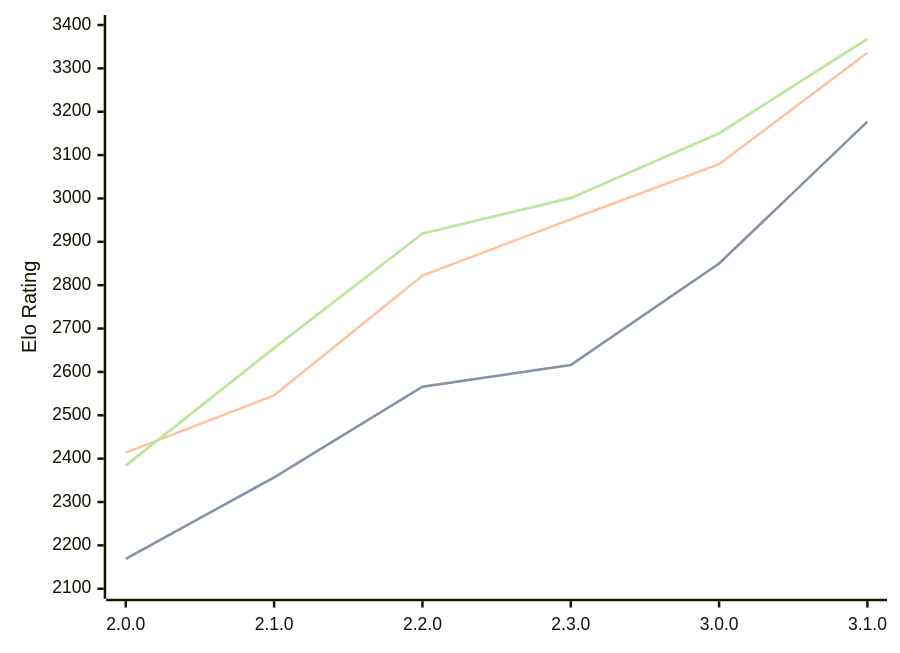
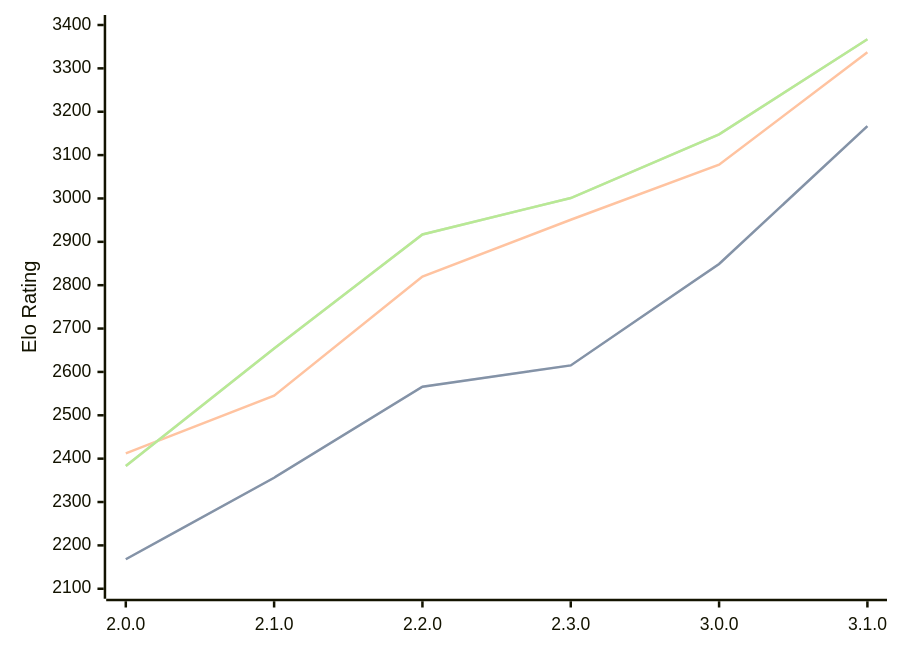
The diagram in engines/Raphael.md (computer-chess-index/cci), drawn with Mermaid before and after one commit. The commit also changed other lines of this file, not shown here.

Commit message:
Update CCI Ratings (ELO VLTC) - 2026-03-07

````diff
--- a/engines/Raphael.md
+++ b/engines/Raphael.md
@@ -46,11 +46,11 @@
 ```mermaid
 %%{init: {"theme":"base","themeVariables":{"seriesColors:['#a3a3a3','#222221','#faa371']}}}%%
 xychart-beta
   x-axis ["2.0.0", "2.1.0", "2.2.0", "2.3.0", "3.0.0", "3.1.0"]
   y-axis "Elo Rating" 2100 --> 3400
-  line "STC (8.0+0.08s)" [2169, 2357, 2566, 2616, 2850, 3177]
-  line "STC (8.0+0.08s)" [2169, 2357, 2566, 2616, 2850, 3177]
-  line "LTC (60.0+0.60s)" [2414, 2546, 2822, 2952, 3079, 3336]
-  line "VLTC (2m24s+1.12s)" [2384, 2655, 2919, 3001, 3150, 3368]
-  line "VLTC (2m24s+1.12s)" [2384, 2655, 2919, 3001, 3150, 3368]
+  line "STC (8.0+0.08s)" [2168, 2356, 2566, 2615, 2849, 3167]
+  line "STC (8.0+0.08s)" [2168, 2356, 2566, 2615, 2849, 3167]
+  line "LTC (60.0+0.60s)" [2412, 2545, 2820, 2951, 3078, 3337]
+  line "VLTC (2m24s+1.12s)" [2383, 2654, 2917, 3001, 3148, 3367]
+  line "VLTC (2m24s+1.12s)" [2383, 2654, 2917, 3001, 3148, 3367]
 ```
````
